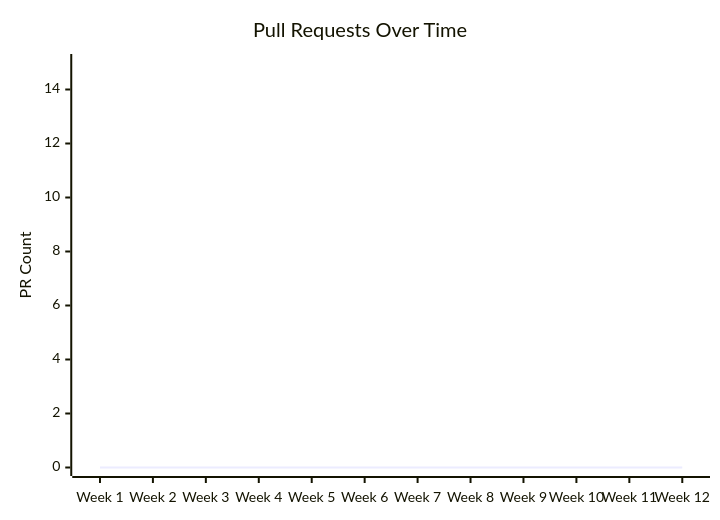
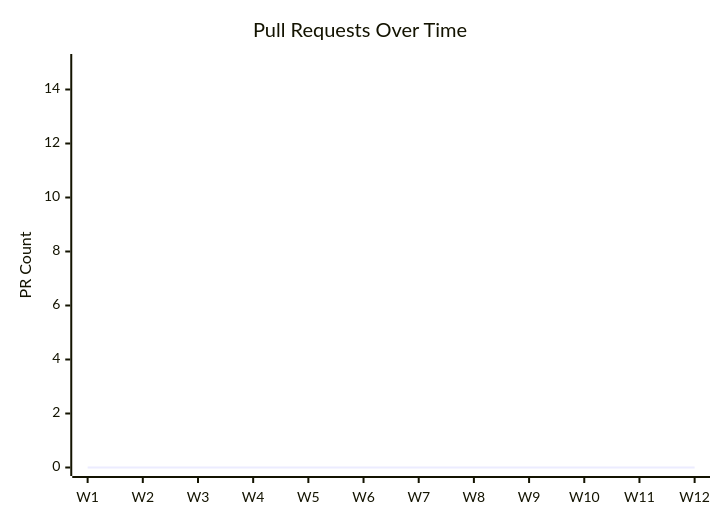
One commit to dhanwantanishka/JENKINS-GSoC-2026 changed the second of 3 diagrams in README.md. Above: the diagram before and after it, drawn with Mermaid. The commit also changed other lines of this file, not shown here.

````diff
--- a/README.md
+++ b/README.md
@@ -425,7 +425,7 @@
 ```mermaid
 xychart-beta
     title "Pull Requests Over Time"
-    x-axis ["Week 1","Week 2","Week 3","Week 4","Week 5","Week 6","Week 7","Week 8","Week 9","Week 10","Week 11","Week 12"]
+    x-axis ["W1","W2","W3","W4","W5","W6","W7","W8","W9","W10","W11","W12"]
     y-axis "PR Count" 0 --> 15
     line [0,0,0,0,0,0,0,0,0,0,0,0]
 ```
````
